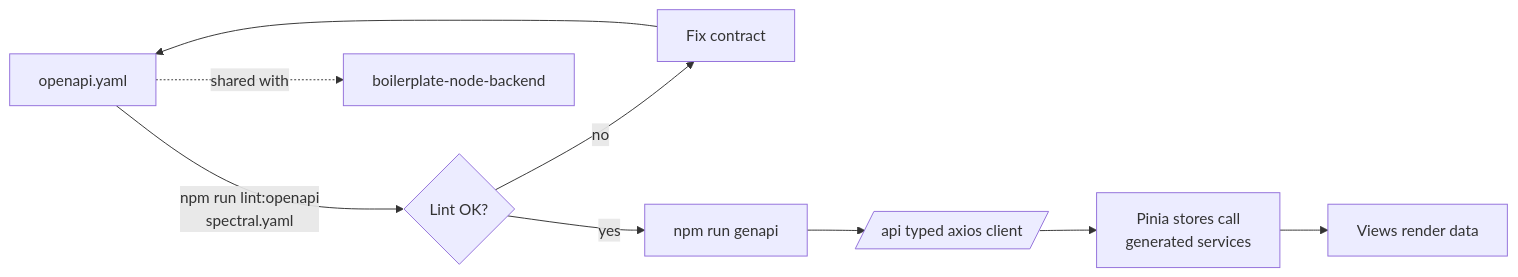
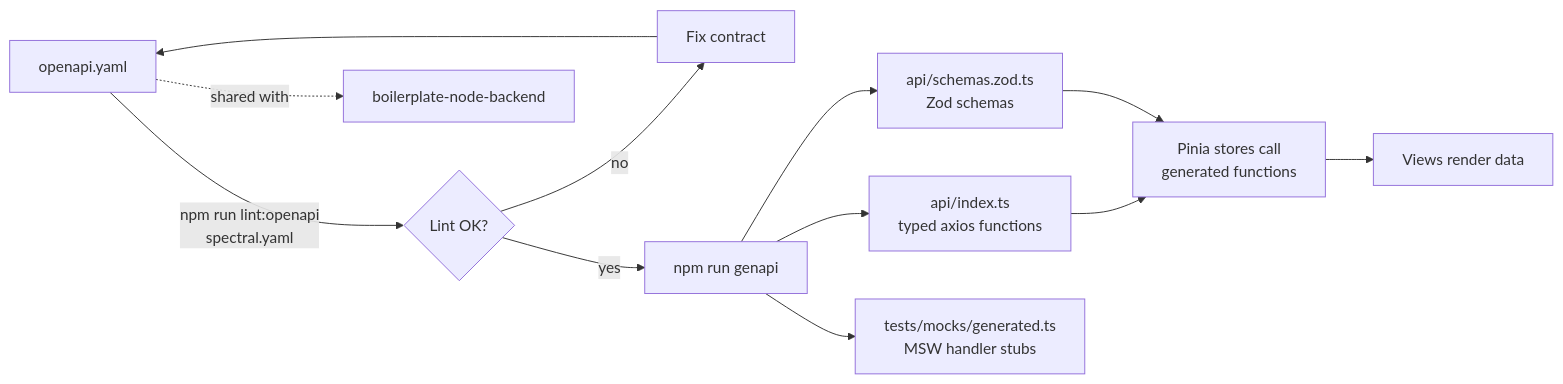
The second of 6 diagrams in README.md (Guebbit/boilerplate-vue-frontend), drawn with Mermaid before and after one commit. The commit also changed other lines of this file and 178 other files, not shown here.

````diff
--- a/README.md
+++ b/README.md
@@ -267,11 +315,14 @@
 ```mermaid
 flowchart LR
     A[openapi.yaml] -->|npm run lint:openapi<br/>spectral.yaml| L{Lint OK?}
     L -- no --> X[Fix contract]
     X --> A
     L -- yes --> G[npm run genapi]
-    G --> CLIENT[/api typed axios client/]
-    CLIENT --> STORES[Pinia stores call<br/>generated services]
+    G --> CLIENT[api/index.ts<br/>typed axios functions]
+    G --> ZOD[api/schemas.zod.ts<br/>Zod schemas]
+    G --> MOCKS[tests/mocks/generated.ts<br/>MSW handler stubs]
+    CLIENT --> STORES[Pinia stores call<br/>generated functions]
+    ZOD --> STORES
     STORES --> VIEWS[Views render data]
     A -.shared with.-> BE[boilerplate-node-backend]
 ```
````
